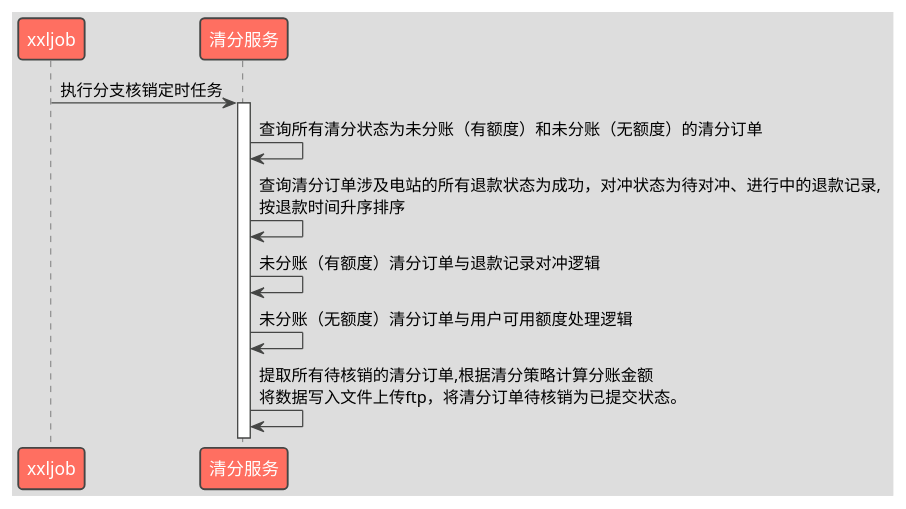
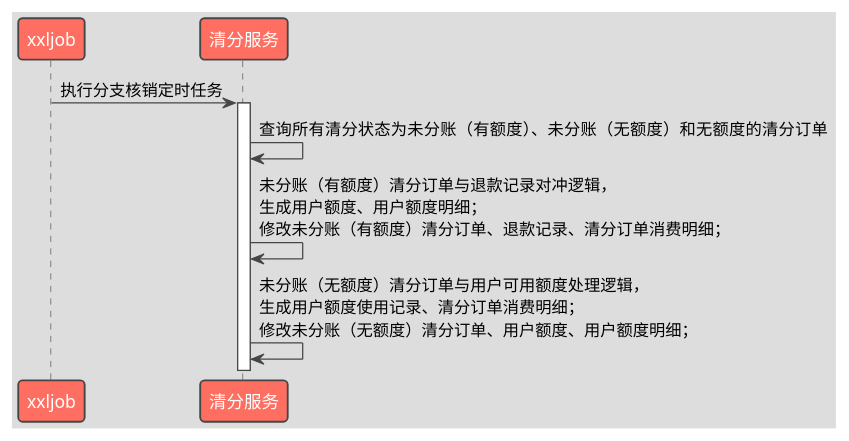
Before and after one commit to Awesome-GJK/LearningCodes: the diagram in demo_lean/src/main/resources/qcln/lznt_clearing_order_divide.puml, drawn with PlantUML. The commit also changed 10 other files, not shown here.

Commit message:
泸州能投清分时序图调整

```diff
--- a/demo_lean/src/main/resources/qcln/lznt_clearing_order_divide.puml
+++ b/demo_lean/src/main/resources/qcln/lznt_clearing_order_divide.puml
@@ -1,12 +1,10 @@
 @startuml
 'https://plantuml.com/sequence-diagram
 !theme toy
 
 xxljob -> 清分服务: 执行分支核销定时任务
 activate 清分服务
-清分服务 -> 清分服务: 查询所有清分状态为未分账（有额度）和未分账（无额度）的清分订单
-清分服务 -> 清分服务: 查询清分订单涉及电站的所有退款状态为成功，对冲状态为待对冲、进行中的退款记录, \n按退款时间升序排序
-清分服务 -> 清分服务: 未分账（有额度）清分订单与退款记录对冲逻辑
-清分服务 -> 清分服务: 未分账（无额度）清分订单与用户可用额度处理逻辑
-清分服务 -> 清分服务: 提取所有待核销的清分订单,根据清分策略计算分账金额\n将数据写入文件上传ftp，将清分订单待核销为已提交状态。
+清分服务 -> 清分服务: 查询所有清分状态为未分账（有额度）、未分账（无额度）和无额度的清分订单
+清分服务 -> 清分服务: 未分账（有额度）清分订单与退款记录对冲逻辑， \n生成用户额度、用户额度明细；\n修改未分账（有额度）清分订单、退款记录、清分订单消费明细；
+清分服务 -> 清分服务: 未分账（无额度）清分订单与用户可用额度处理逻辑，\n生成用户额度使用记录、清分订单消费明细；\n修改未分账（无额度）清分订单、用户额度、用户额度明细；
 @enduml
```
